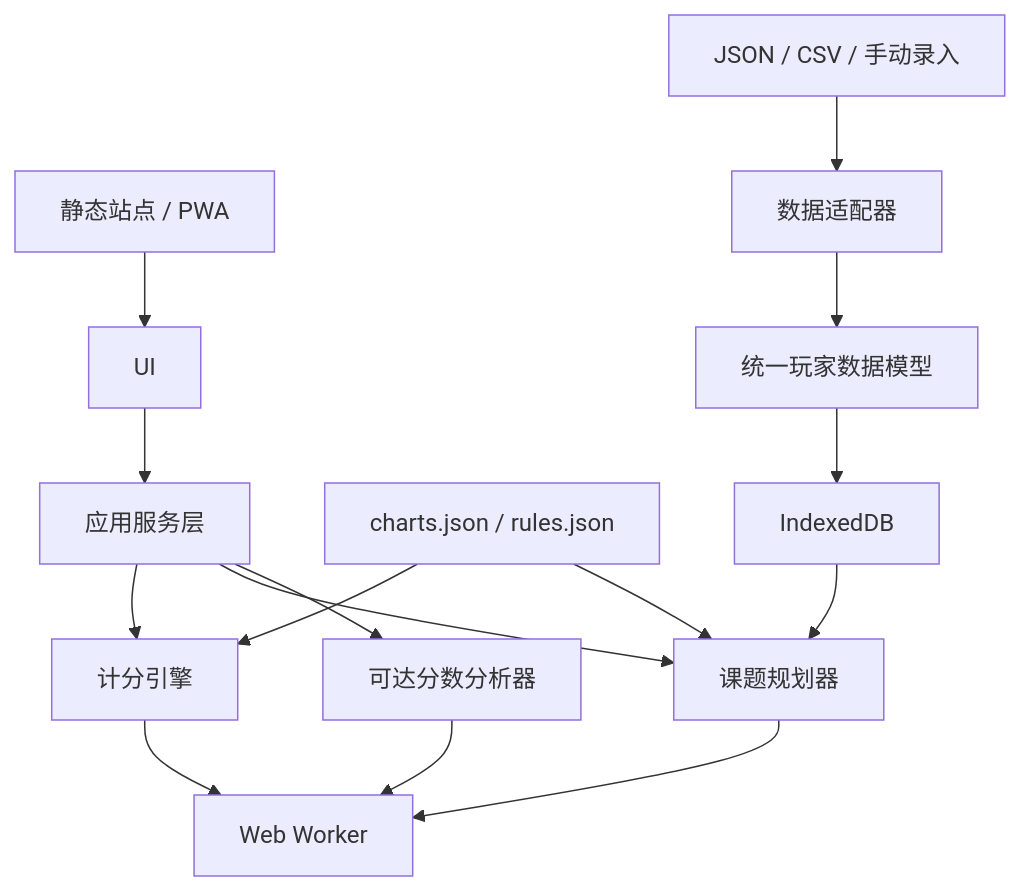
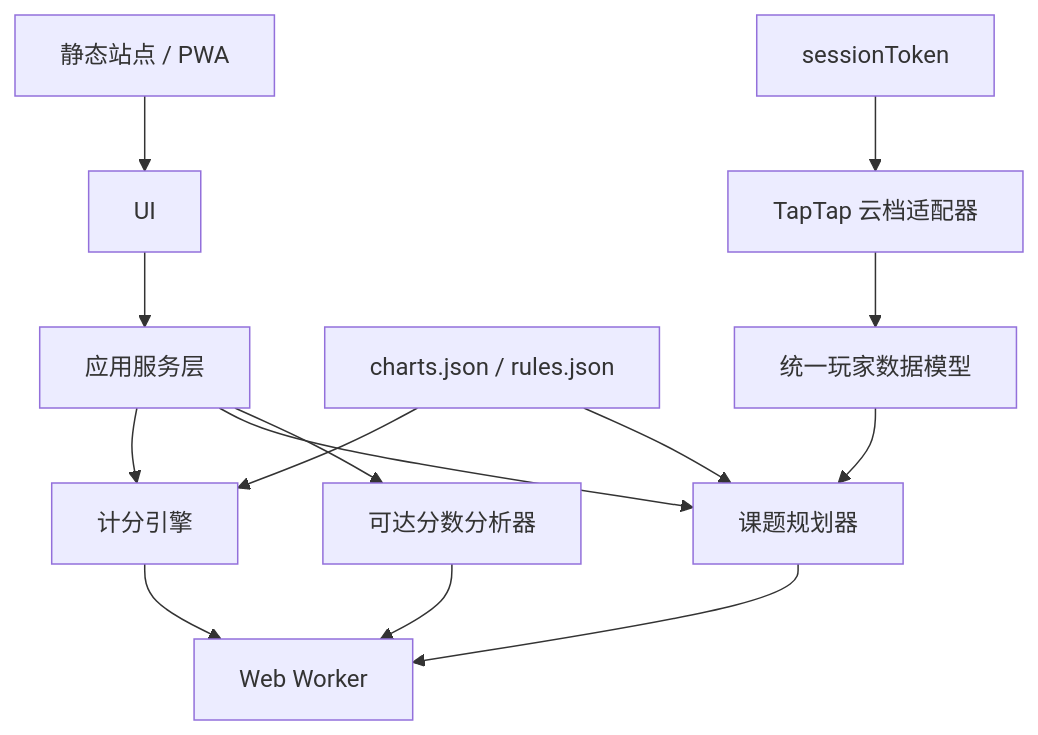
The diagram in docs/02-ARCHITECTURE.md (Stickerbug/PhiTarget), drawn with Mermaid before and after one commit. The commit also changed other lines of this file and 18 other files, not shown here.

````diff
--- a/docs/02-ARCHITECTURE.md
+++ b/docs/02-ARCHITECTURE.md
@@ -24,17 +23,16 @@
 ```mermaid
 flowchart TD
  A["静态站点 / PWA"] --> B["UI"]
  B --> C["应用服务层"]
  C --> D["计分引擎"]
  C --> E["课题规划器"]
  C --> F["可达分数分析器"]
  G["charts.json / rules.json"] --> D
  G --> E
- H["JSON / CSV / 手动录入"] --> I["数据适配器"]
+ H["sessionToken"] --> I["TapTap 云档适配器"]
  I --> J["统一玩家数据模型"]
- J --> K["IndexedDB"]
- K --> E
+ J --> E
  D --> L["Web Worker"]
  E --> L
  F --> L
 ```
````
